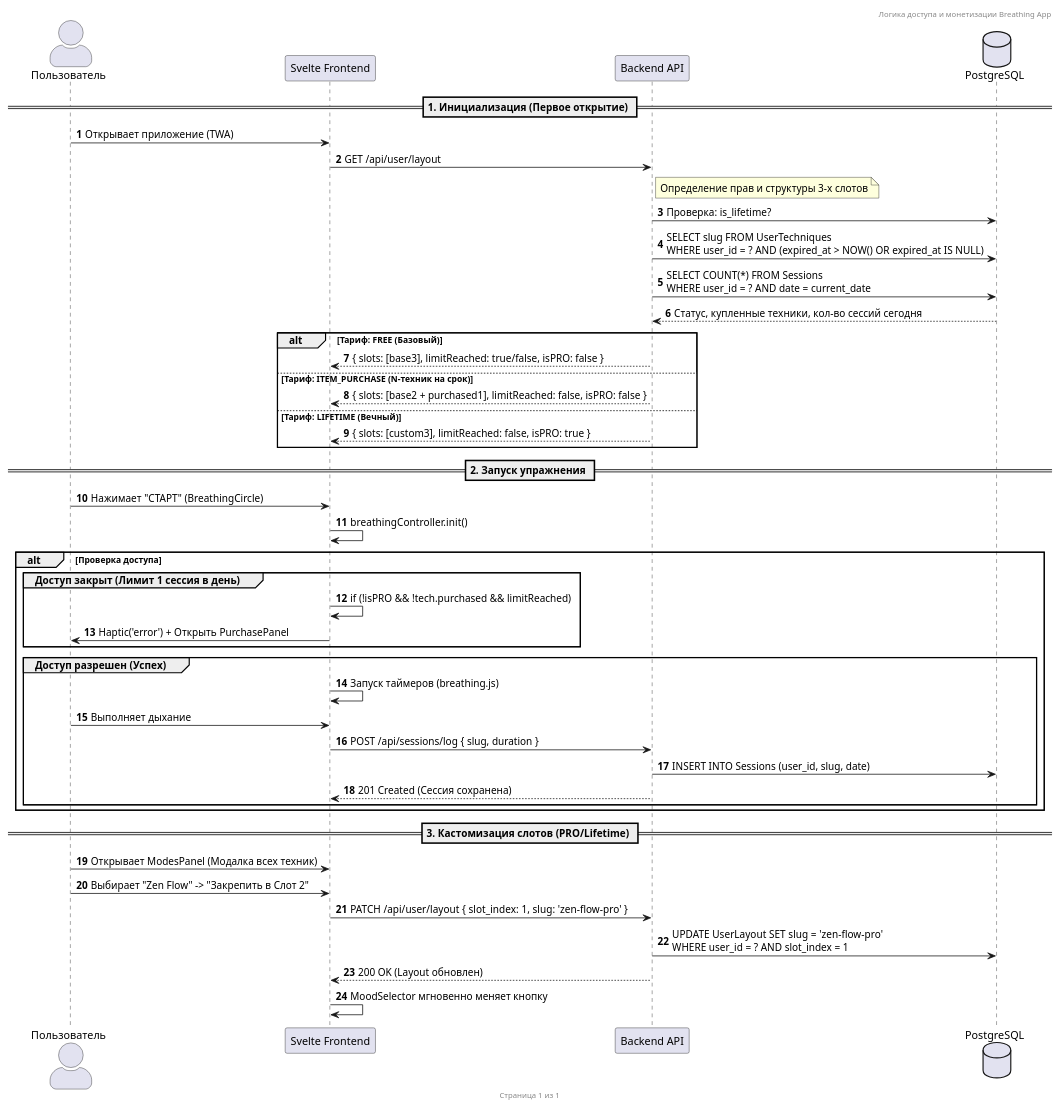
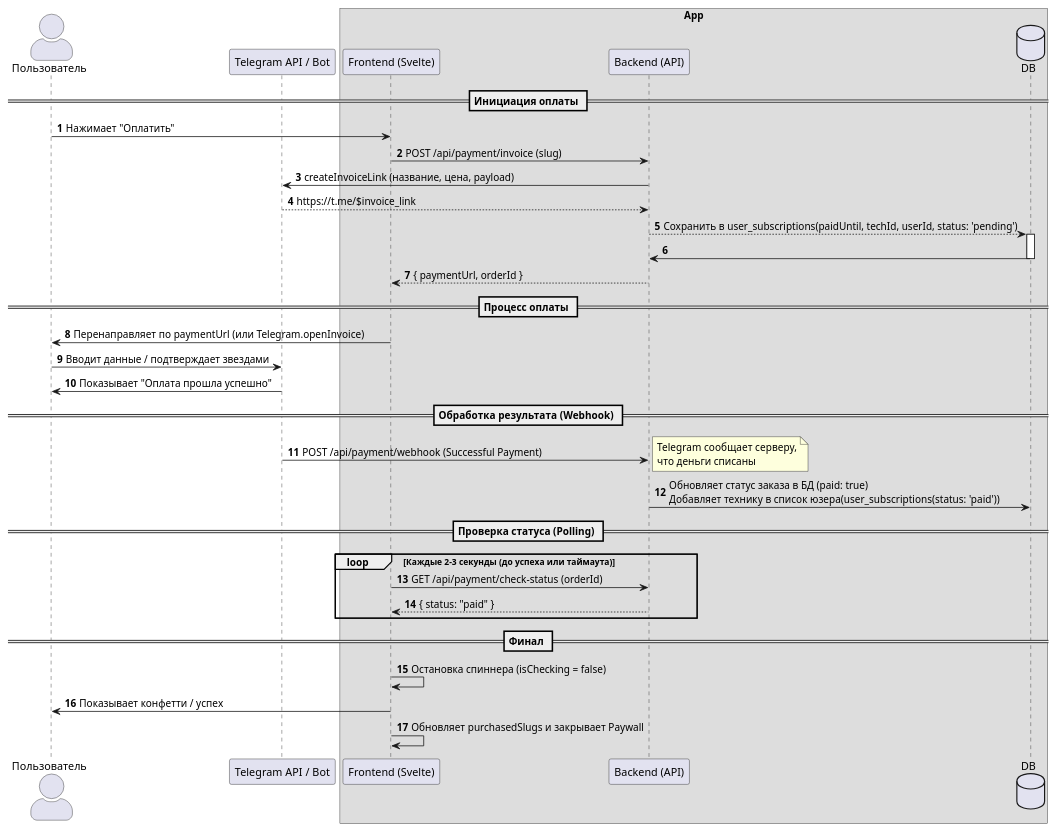
One commit to plcgi1/ai-breath-coach changed the diagram in docs/pricing/pricing-flow.puml. Above: the diagram before and after it, drawn with PlantUML. The commit also changed 82 other files, not shown here.

```diff
--- a/docs/pricing/pricing-flow.puml
+++ b/docs/pricing/pricing-flow.puml
@@ -1,71 +1,49 @@
 @startuml
 skinparam actorStyle awesome
 autonumber
-skinparam PackageBackgroundColor #f9f9f9
-skinparam SequenceGroupBodyBackgroundColor #FFFFFF99
-
-header Логика доступа и монетизации Breathing App
-footer Страница %page% из %lastpage%
 
 actor "Пользователь" as User
-participant "Svelte Frontend" as App
-participant "Backend API" as API
-database "PostgreSQL" as DB
+participant "Telegram API / Bot" as TG
 
-== 1. Инициализация (Первое открытие) ==
+box App
+participant "Frontend (Svelte)" as Front
+participant "Backend (API)" as Back
+database "DB" as db
+end box
 
-User -> App: Открывает приложение (TWA)
-App -> API: GET /api/user/layout
-note right of API: Определение прав и структуры 3-х слотов
+== Инициация оплаты ==
 
-API -> DB: Проверка: is_lifetime?
-API -> DB: SELECT slug FROM UserTechniques\nWHERE user_id = ? AND (expired_at > NOW() OR expired_at IS NULL)
-API -> DB: SELECT COUNT(*) FROM Sessions\nWHERE user_id = ? AND date = current_date
-DB --> API: Статус, купленные техники, кол-во сессий сегодня
+User -> Front : Нажимает "Оплатить"
+Front -> Back : POST /api/payment/invoice (slug)
+Back -> TG : createInvoiceLink (название, цена, payload)
+TG --> Back : https://t.me/$invoice_link
+Back --> db++: Сохранить в user_subscriptions(paidUntil, techId, userId, status: 'pending')
+db -> Back--: 
+Back --> Front : { paymentUrl, orderId }
 
-alt Тариф: FREE (Базовый)
-    API --> App: { slots: [base3], limitReached: true/false, isPRO: false }
-else Тариф: ITEM_PURCHASE (N-техник на срок)
-    API --> App: { slots: [base2 + purchased1], limitReached: false, isPRO: false }
-else Тариф: LIFETIME (Вечный)
-    API --> App: { slots: [custom3], limitReached: false, isPRO: true }
+== Процесс оплаты ==
+
+Front -> User : Перенаправляет по paymentUrl (или Telegram.openInvoice)
+User -> TG : Вводит данные / подтверждает звездами
+TG -> User : Показывает "Оплата прошла успешно"
+
+== Обработка результата (Webhook) ==
+
+TG -> Back : POST /api/payment/webhook (Successful Payment)
+note right: Telegram сообщает серверу,\nчто деньги списаны
+Back -> db : Обновляет статус заказа в БД (paid: true)\nДобавляет технику в список юзера(user_subscriptions(status: 'paid'))
+
+== Проверка статуса (Polling) ==
+
+loop Каждые 2-3 секунды (до успеха или таймаута)
+    Front -> Back : GET /api/payment/check-status (orderId)
+    Back --> Front : { status: "paid" }
 end
 
-== 2. Запуск упражнения ==
+== Финал ==
 
-User -> App: Нажимает "СТАРТ" (BreathingCircle)
-App -> App: breathingController.init()
-
-alt Проверка доступа
-    
-    group Доступ закрыт (Лимит 1 сессия в день)
-        App -> App: if (!isPRO && !tech.purchased && limitReached)
-        App -> User: Haptic('error') + Открыть PurchasePanel
-    end
-    
-    group Доступ разрешен (Успех)
-        App -> App: Запуск таймеров (breathing.js)
-        User -> App: Выполняет дыхание
-        
-        App -> API: POST /api/sessions/log { slug, duration }
-        API -> DB: INSERT INTO Sessions (user_id, slug, date)
-        API --> App: 201 Created (Сессия сохранена)
-        
-        ' note right of App
-        '     Для Free-юзера: при следующем 
-        '     запросе limitReached станет true
-        ' end
-    end
-end
-
-== 3. Кастомизация слотов (PRO/Lifetime) ==
-
-User -> App: Открывает ModesPanel (Модалка всех техник)
-User -> App: Выбирает "Zen Flow" -> "Закрепить в Слот 2"
-
-App -> API: PATCH /api/user/layout { slot_index: 1, slug: 'zen-flow-pro' }
-API -> DB: UPDATE UserLayout SET slug = 'zen-flow-pro'\nWHERE user_id = ? AND slot_index = 1
-API --> App: 200 OK (Layout обновлен)
-App -> App: MoodSelector мгновенно меняет кнопку
+Front -> Front : Остановка спиннера (isChecking = false)
+Front -> User : Показывает конфетти / успех
+Front -> Front : Обновляет purchasedSlugs и закрывает Paywall
 
 @enduml
```
